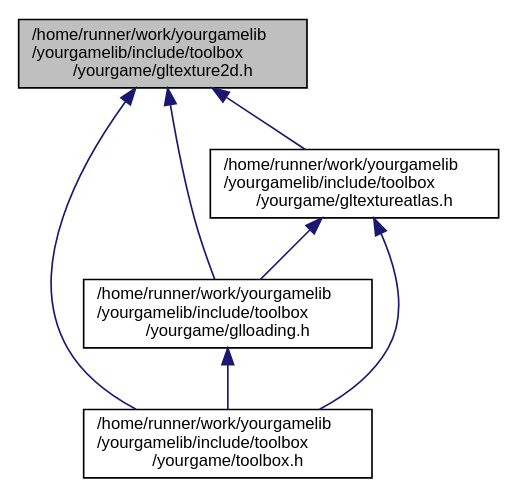
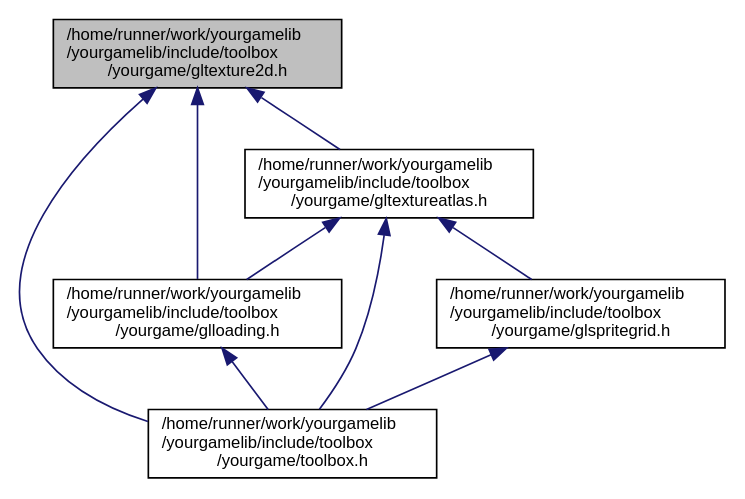
The diagram in gltexture2d_8h__dep__incl.dot (duddel/yourgamelib), drawn with Graphviz before and after one commit. The commit also changed 64 other files, not shown here.

```diff
--- a/gltexture2d_8h__dep__incl.dot
+++ b/gltexture2d_8h__dep__incl.dot
@@ -1,15 +1,18 @@
 digraph "/home/runner/work/yourgamelib/yourgamelib/include/toolbox/yourgame/gltexture2d.h"
 {
   edge [fontname="Helvetica",fontsize="10",labelfontname="Helvetica",labelfontsize="10"];
   node [fontname="Helvetica",fontsize="10",shape=record];
   Node4 [label="/home/runner/work/yourgamelib\l/yourgamelib/include/toolbox\l/yourgame/gltexture2d.h",height=0.2,width=0.4,color="black", fillcolor="grey75", style="filled", fontcolor="black"];
   Node4 -> Node5 [dir="back",color="midnightblue",fontsize="10",style="solid",fontname="Helvetica"];
   Node5 [label="/home/runner/work/yourgamelib\l/yourgamelib/include/toolbox\l/yourgame/glloading.h",height=0.2,width=0.4,color="black", fillcolor="white", style="filled",URL="$glloading_8h.html"];
   Node5 -> Node6 [dir="back",color="midnightblue",fontsize="10",style="solid",fontname="Helvetica"];
   Node6 [label="/home/runner/work/yourgamelib\l/yourgamelib/include/toolbox\l/yourgame/toolbox.h",height=0.2,width=0.4,color="black", fillcolor="white", style="filled",URL="$toolbox_8h.html"];
   Node4 -> Node7 [dir="back",color="midnightblue",fontsize="10",style="solid",fontname="Helvetica"];
   Node7 [label="/home/runner/work/yourgamelib\l/yourgamelib/include/toolbox\l/yourgame/gltextureatlas.h",height=0.2,width=0.4,color="black", fillcolor="white", style="filled",URL="$gltextureatlas_8h.html"];
   Node7 -> Node5 [dir="back",color="midnightblue",fontsize="10",style="solid",fontname="Helvetica"];
+  Node7 -> Node8 [dir="back",color="midnightblue",fontsize="10",style="solid",fontname="Helvetica"];
+  Node8 [label="/home/runner/work/yourgamelib\l/yourgamelib/include/toolbox\l/yourgame/glspritegrid.h",height=0.2,width=0.4,color="black", fillcolor="white", style="filled",URL="$glspritegrid_8h.html"];
+  Node8 -> Node6 [dir="back",color="midnightblue",fontsize="10",style="solid",fontname="Helvetica"];
   Node7 -> Node6 [dir="back",color="midnightblue",fontsize="10",style="solid",fontname="Helvetica"];
   Node4 -> Node6 [dir="back",color="midnightblue",fontsize="10",style="solid",fontname="Helvetica"];
 }
```
